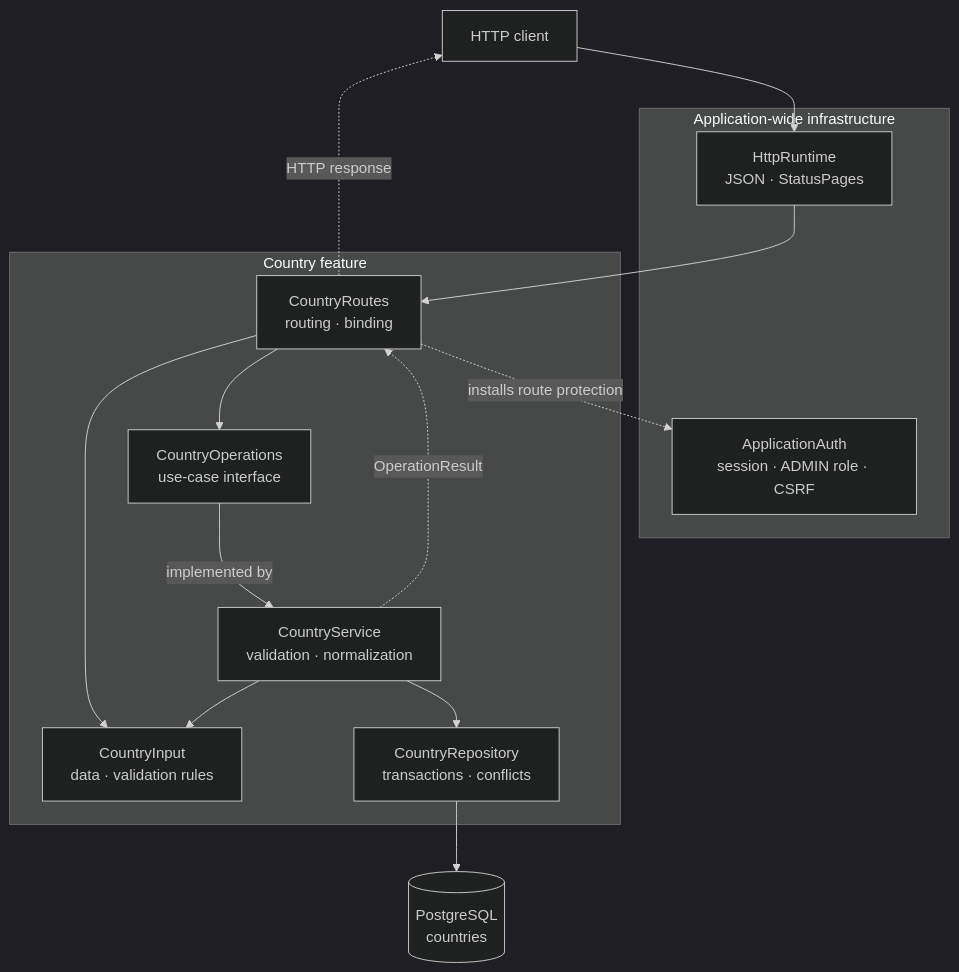
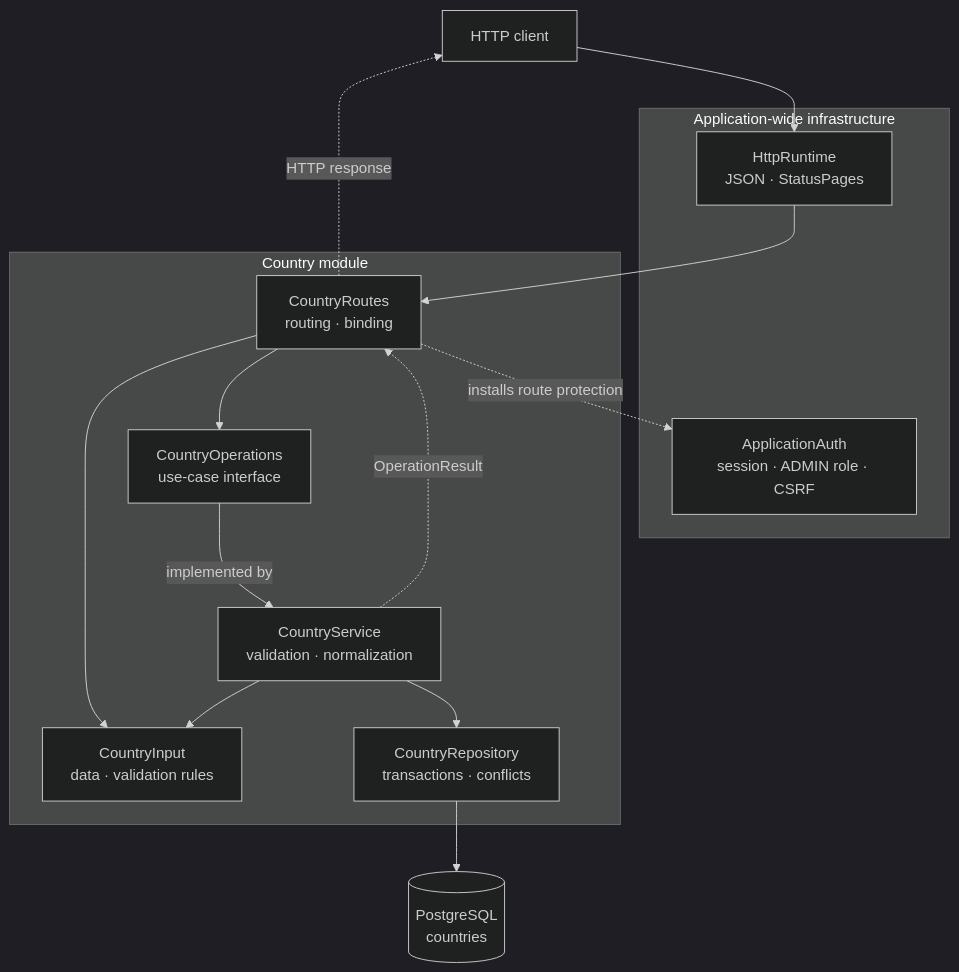
Before and after one commit to bitstorm-tech/voenix-shop-kotlin: the diagram in docs/dev/backend/country-package.md, drawn with Mermaid (dark theme). The commit also changed other lines of this file and 27 other files, not shown here.

Commit message:
Rename feature APIs to module APIs

````diff
--- a/docs/dev/backend/country-package.md
+++ b/docs/dev/backend/country-package.md
@@ -28,31 +28,31 @@
 ```mermaid
 flowchart TB
     Client["HTTP client"]
 
     subgraph Shared["Application-wide infrastructure"]
         Http["HttpRuntime<br/>JSON · StatusPages"]
         Auth["ApplicationAuth<br/>session · ADMIN role · CSRF"]
     end
 
-    subgraph Country["Country feature"]
+    subgraph Country["Country module"]
         Routes["CountryRoutes<br/>routing · binding"]
         Input["CountryInput<br/>data · validation rules"]
         Operations["CountryOperations<br/>use-case interface"]
         Service["CountryService<br/>validation · normalization"]
         Repository["CountryRepository<br/>transactions · conflicts"]
     end
 
     Database[("PostgreSQL<br/>countries")]
 
     Client --> Http
     Http --> Routes
     Routes -.->|"installs route protection"| Auth
     Routes --> Input
     Routes --> Operations
     Operations -->|"implemented by"| Service
     Service --> Input
     Service --> Repository
     Repository --> Database
     Service -.->|"OperationResult"| Routes
     Routes -.->|"HTTP response"| Client
 ```
````
